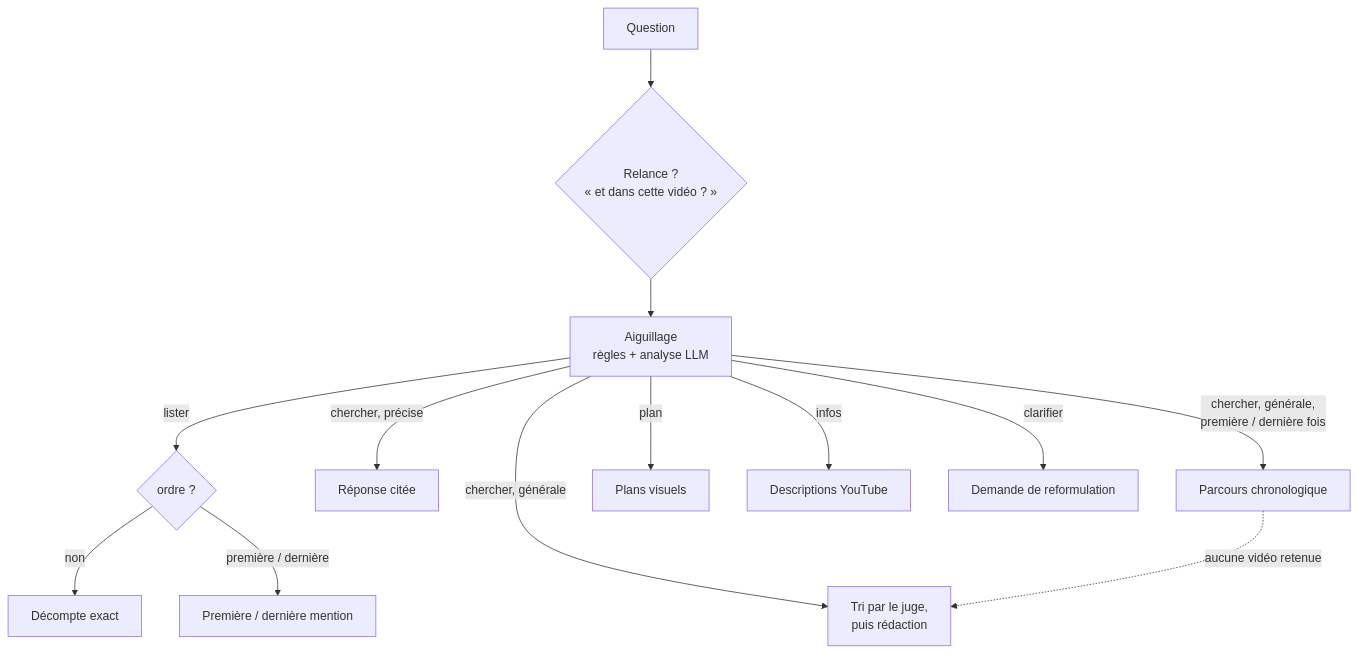
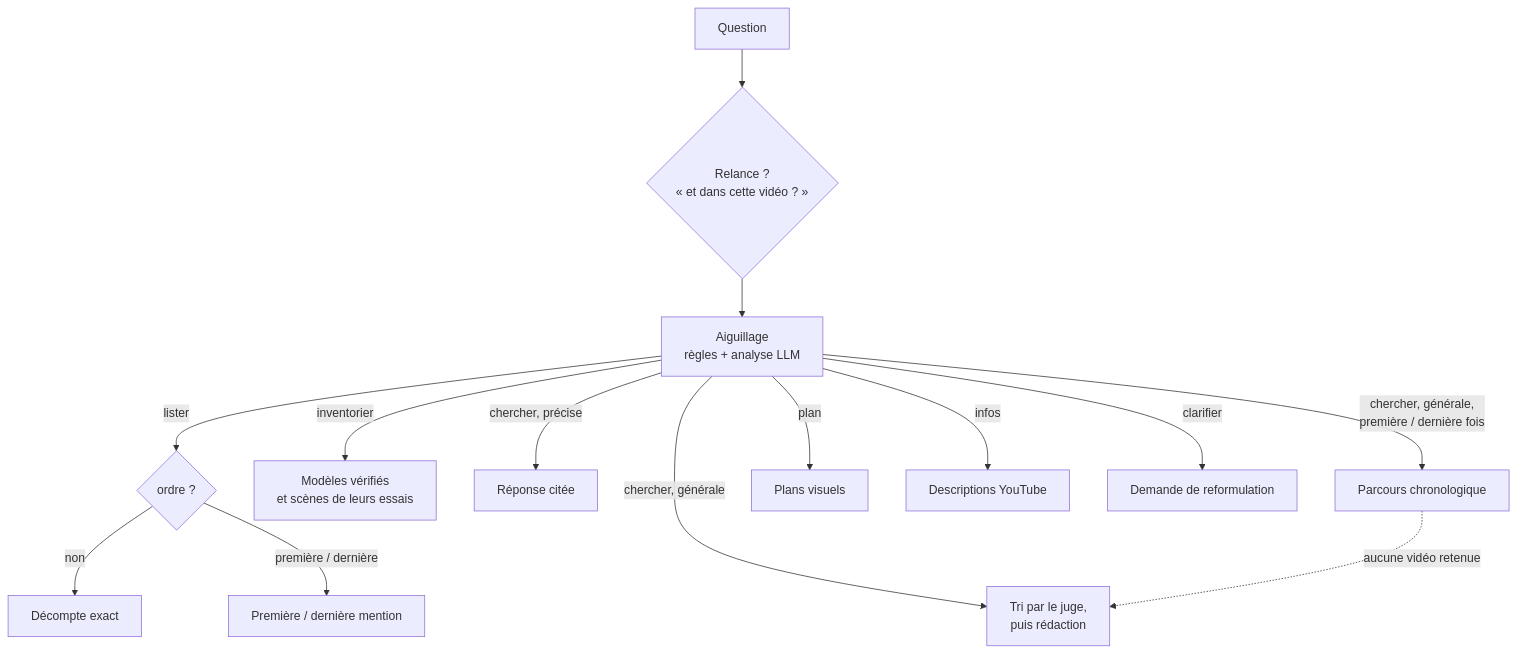
Before and after one commit to lfpoulain/ragator: the diagram in docs/mecaniques-de-recherche.md, drawn with Mermaid. The commit also changed other lines of this file and 15 other files, not shown here.

````diff
--- a/docs/mecaniques-de-recherche.md
+++ b/docs/mecaniques-de-recherche.md
@@ -30,15 +30,16 @@
 ```mermaid
 flowchart TD
   Q[Question] --> F{Relance ?<br/>« et dans cette vidéo ? »}
   F --> A[Aiguillage<br/>règles + analyse LLM]
   A -->|lister| L{ordre ?}
+  A -->|inventorier| E[Modèles vérifiés<br/>et scènes de leurs essais]
   L -->|non| D[Décompte exact]
   L -->|première / dernière| M[Première / dernière mention]
   A -->|chercher, précise| P[Réponse citée]
   A -->|chercher, générale| G[Tri par le juge,<br/>puis rédaction]
   A -->|chercher, générale,<br/>première / dernière fois| C[Parcours chronologique]
   C -.->|aucune vidéo retenue| G
   A -->|plan| V[Plans visuels]
   A -->|infos| I[Descriptions YouTube]
   A -->|clarifier| R[Demande de reformulation]
 ```
````
